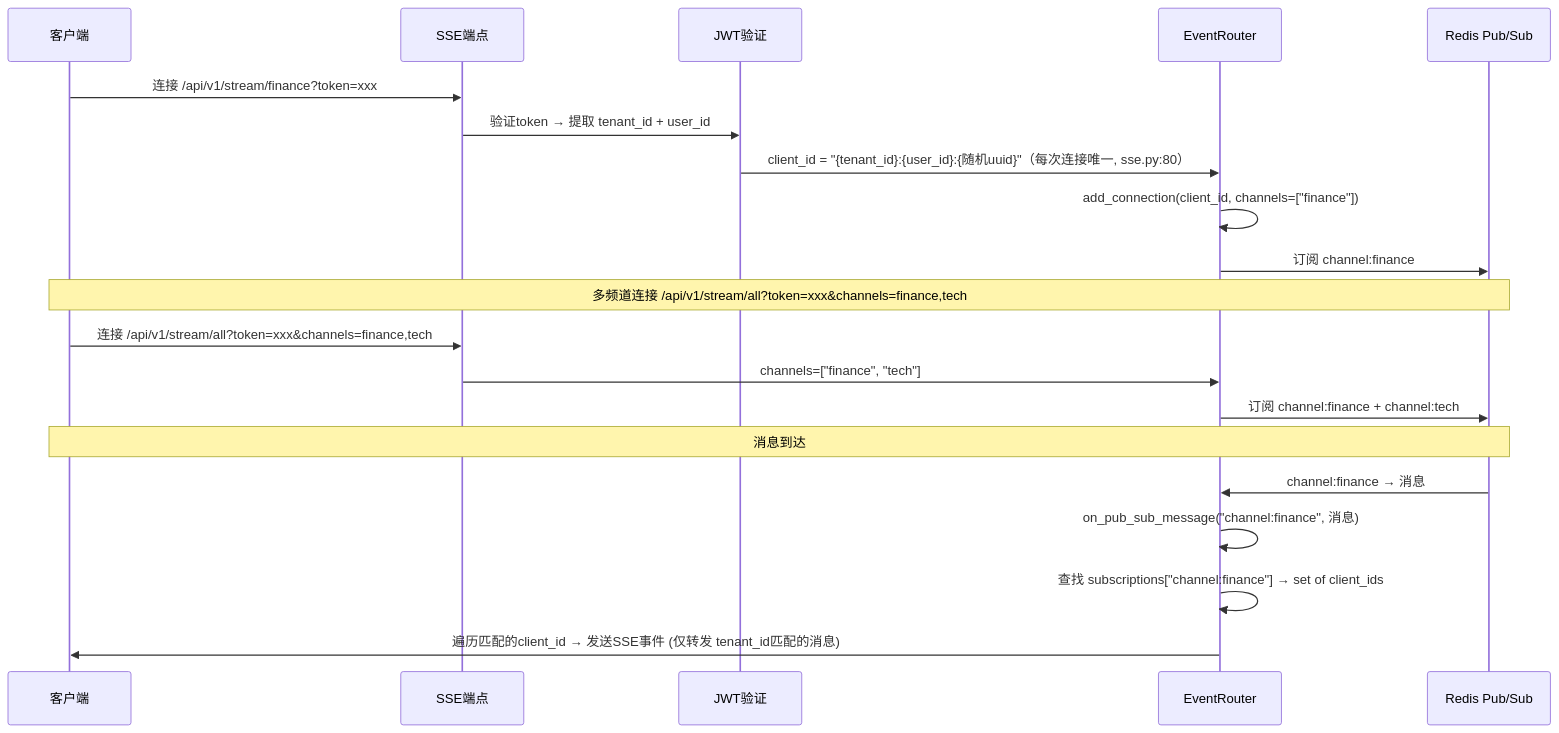
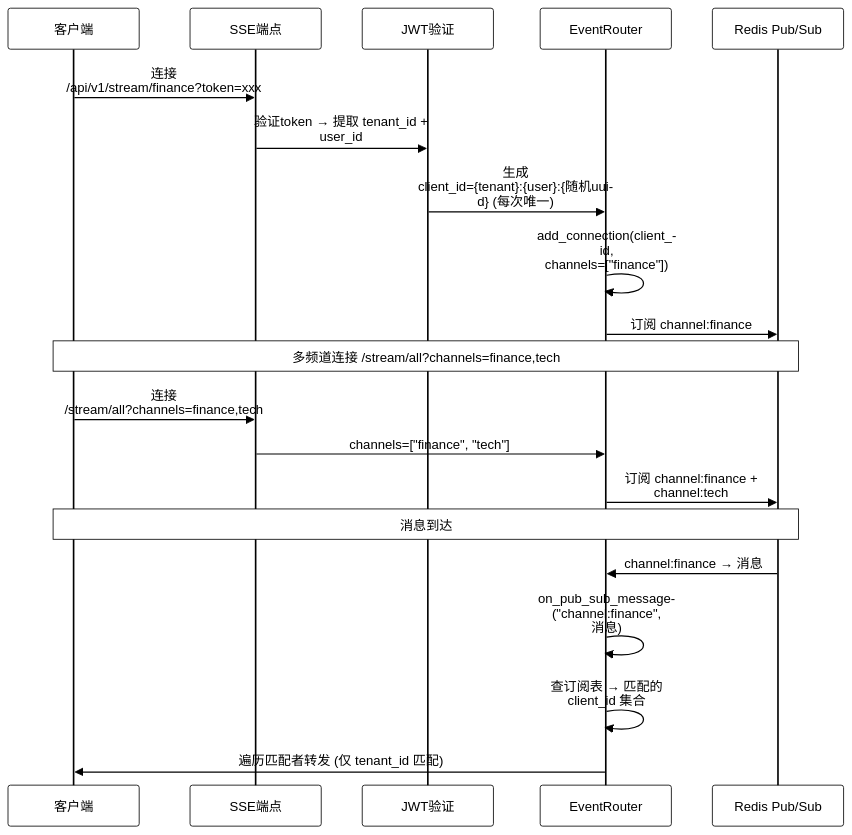
Before and after one commit to onceme/instantboard: the fifth of 12 diagrams in docs/design/data-flow.md, drawn with Mermaid. The commit also changed other lines of this file and 11 other files, not shown here.

Commit message:
docs: unify mermaid diagrams to black-and-white orthogonal style

````diff
--- a/docs/design/data-flow.md
+++ b/docs/design/data-flow.md
@@ -364,25 +393,26 @@
 ```mermaid
+%%{init: {"theme": "base", "themeVariables": {"background": "#ffffff", "actorBkg": "#ffffff", "actorBorder": "#000000", "actorTextColor": "#000000", "actorLineColor": "#000000", "noteBkgColor": "#ffffff", "noteTextColor": "#000000", "noteBorderColor": "#000000", "activationBkgColor": "#ffffff", "activationBorderColor": "#000000", "signalColor": "#000000", "signalTextColor": "#000000", "labelBoxBkgColor": "#ffffff", "labelBoxBorderColor": "#000000", "labelTextColor": "#000000", "loopTextColor": "#000000", "altSectionBkgColor": "#ffffff", "sequenceNumberColor": "#000000", "fontSize": "14px"}, "sequence": {"mirrorActors": true, "actorMargin": 50, "width": 160, "height": 50, "messageMargin": 40, "noteMargin": 10, "boxMargin": 8, "wrap": true}}}%%
 sequenceDiagram
     participant Client as 客户端
     participant SSE as SSE端点
     participant JWT as JWT验证
     participant Router as EventRouter
     participant Redis as Redis Pub/Sub
 
     Client->>SSE: 连接 /api/v1/stream/finance?token=xxx
     SSE->>JWT: 验证token → 提取 tenant_id + user_id
-    JWT->>Router: client_id = "{tenant_id}:{user_id}:{随机uuid}"（每次连接唯一, sse.py:80）
+    JWT->>Router: 生成 client_id={tenant}:{user}:{随机uuid} (每次唯一)
     Router->>Router: add_connection(client_id, channels=["finance"])
     Router->>Redis: 订阅 channel:finance
 
-    Note over Client,Redis: 多频道连接 /api/v1/stream/all?token=xxx&channels=finance,tech
-    Client->>SSE: 连接 /api/v1/stream/all?token=xxx&channels=finance,tech
+    Note over Client,Redis: 多频道连接 /stream/all?channels=finance,tech
+    Client->>SSE: 连接 /stream/all?channels=finance,tech
     SSE->>Router: channels=["finance", "tech"]
     Router->>Redis: 订阅 channel:finance + channel:tech
 
     Note over Client,Redis: 消息到达
     Redis->>Router: channel:finance → 消息
     Router->>Router: on_pub_sub_message("channel:finance", 消息)
-    Router->>Router: 查找 subscriptions["channel:finance"] → set of client_ids
-    Router->>Client: 遍历匹配的client_id → 发送SSE事件 (仅转发 tenant_id匹配的消息)
+    Router->>Router: 查订阅表 → 匹配的 client_id 集合
+    Router->>Client: 遍历匹配者转发 (仅 tenant_id 匹配)
 ```
````
